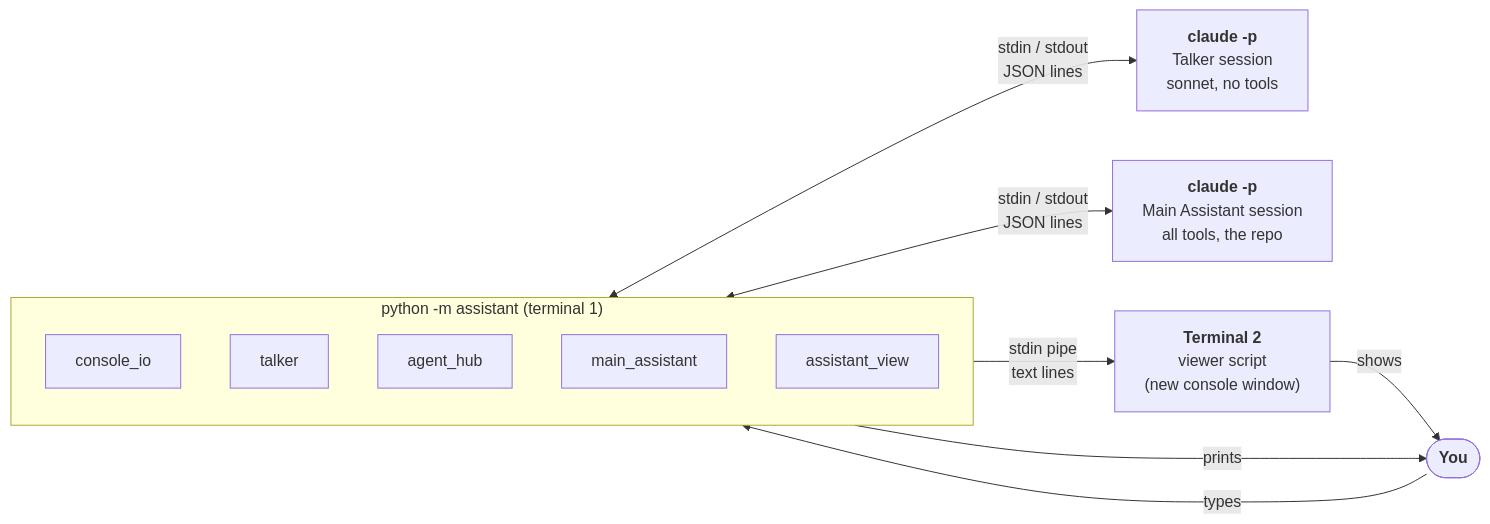
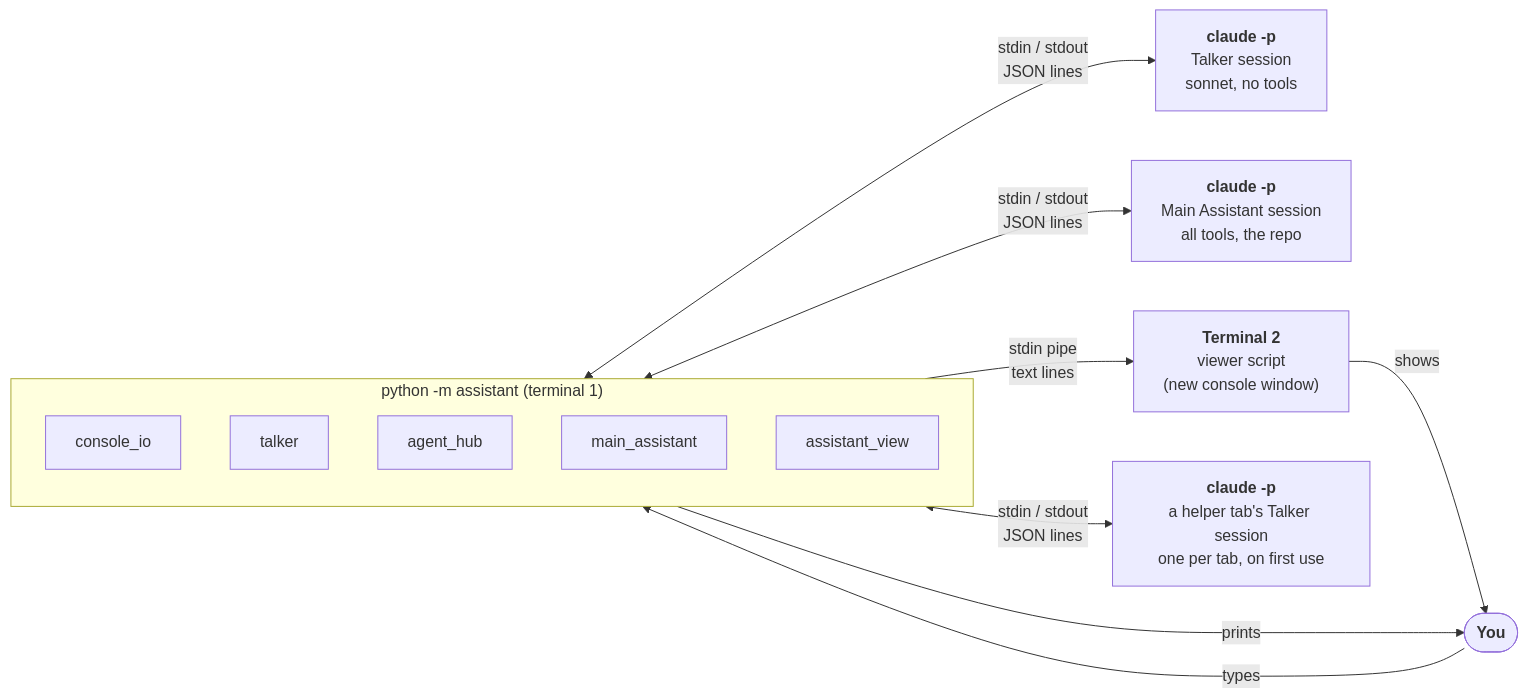
Before and after one commit to sharramon/AI_Assistant: the first of 11 diagrams in docs/agents/runtime.md, drawn with Mermaid. The commit also changed other lines of this file and 321 other files, not shown here.

````diff
--- a/docs/agents/runtime.md
+++ b/docs/agents/runtime.md
@@ -11,22 +13,24 @@
 ```mermaid
 flowchart LR
     You(["<b>You</b>"])
     subgraph App["python -m assistant (terminal 1)"]
         direction TB
         Console["console_io"]
         Talker["talker"]
         Hub["agent_hub"]
         Main["main_assistant"]
         View["assistant_view"]
     end
     TC["<b>claude -p</b><br/>Talker session<br/>sonnet, no tools"]
     MC["<b>claude -p</b><br/>Main Assistant session<br/>all tools, the repo"]
     VW["<b>Terminal 2</b><br/>viewer script<br/>(new console window)"]
+    HTC["<b>claude -p</b><br/>a helper tab's Talker session<br/>one per tab, on first use"]
 
     You -- types --> Console
     Console -- prints --> You
     Talker <-- "stdin / stdout<br/>JSON lines" --> TC
+    Talker <-- "stdin / stdout<br/>JSON lines" --> HTC
     Main <-- "stdin / stdout<br/>JSON lines" --> MC
     View -- "stdin pipe<br/>text lines" --> VW
     VW -- shows --> You
 ```
````
